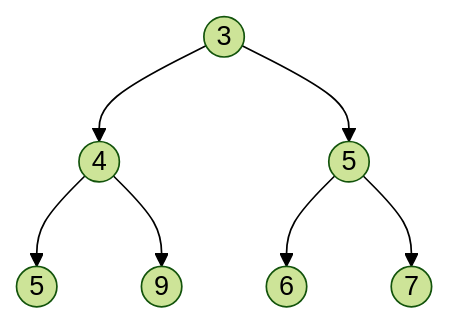
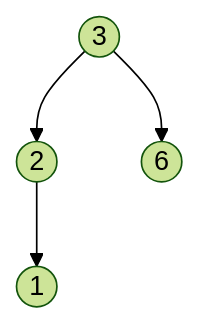
One commit to UNSA-MCC-2022/AyED_Practica_02 changed the fourth of 5 diagrams in README.md. Above: the diagram before and after it, drawn with Mermaid (forest theme). The commit also changed other lines of this file, not shown here.

````diff
--- a/README.md
+++ b/README.md
@@ -40,9 +70,6 @@
 ```mermaid
 graph TB
-    A((3))-->B((4))
-    A-->C((5))
-    B-->D((5))
-    B-->E((9))
-    C-->F((6))
-    C-->G((7))
+    A((3))-->B((2))
+    A-->C((6))
+    B-->D((1))
 ```
````
